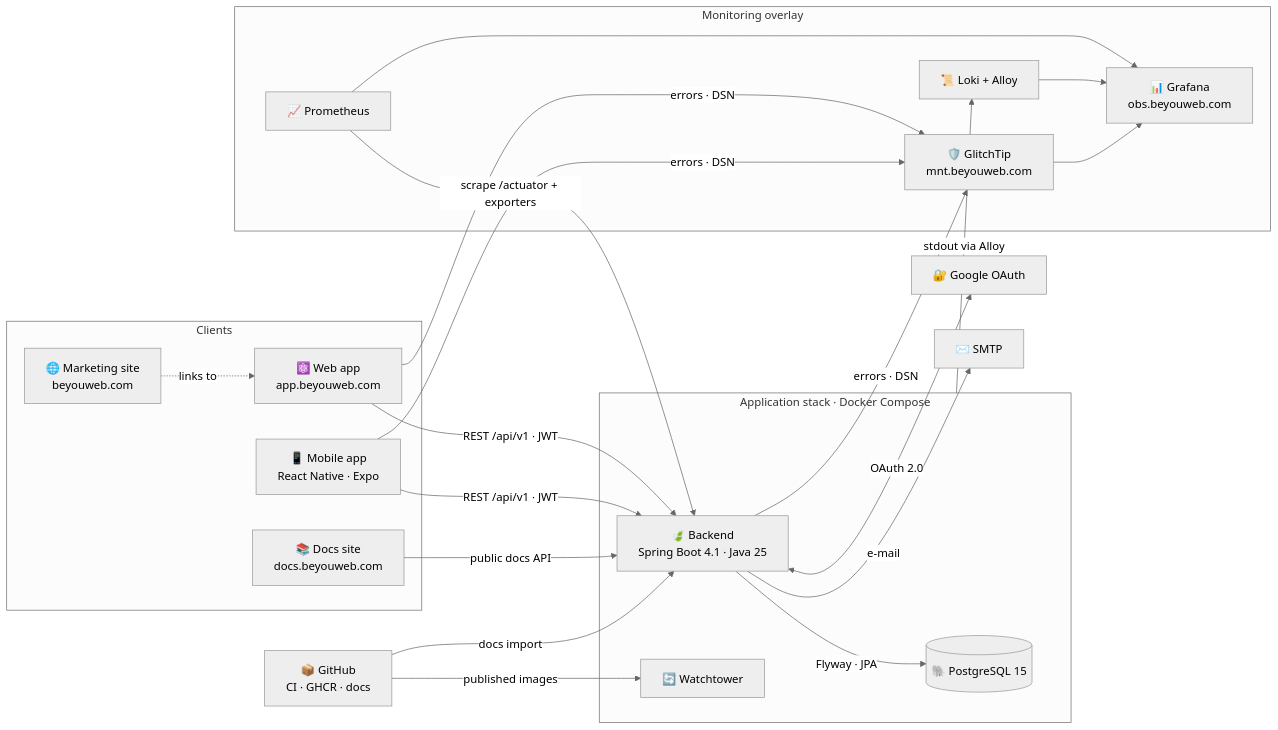
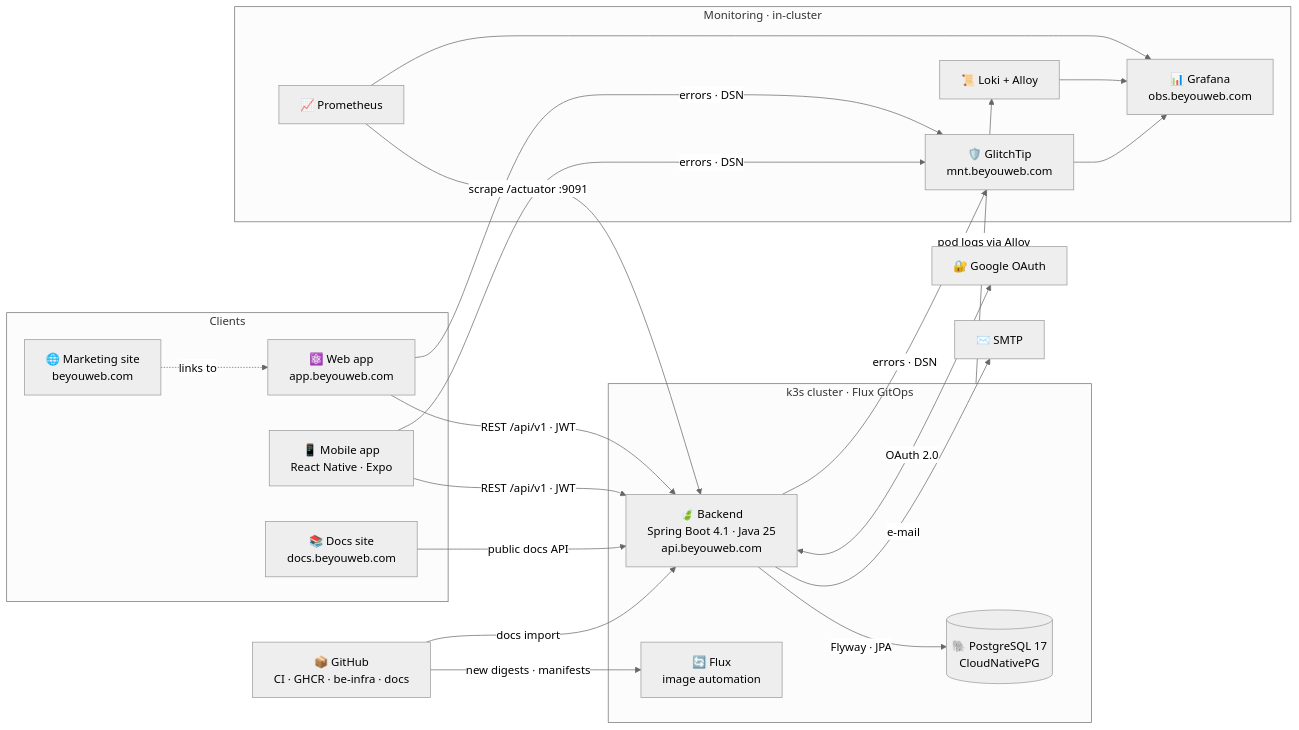
The diagram in architecture/overview/diagram.mmd (AndDev741/Beyou-arch-design), drawn with Mermaid (neutral theme) before and after one commit. The commit also changed 29 other files, not shown here.

First line of the commit message:
Describe production as the k3s cluster run from be-infra (#88)

```diff
--- a/architecture/overview/diagram.mmd
+++ b/architecture/overview/diagram.mmd
@@ -1,42 +1,42 @@
 flowchart LR
   subgraph clients["Clients"]
     WEB["⚛️ Web app<br/>app.beyouweb.com"]
     MOB["📱 Mobile app<br/>React Native · Expo"]
     DOCS["📚 Docs site<br/>docs.beyouweb.com"]
     SITE["🌐 Marketing site<br/>beyouweb.com"]
   end
 
-  subgraph server["Application stack · Docker Compose"]
-    BE["🍃 Backend<br/>Spring Boot 4.1 · Java 25"]
-    DB[("🐘 PostgreSQL 15")]
-    WT["🔄 Watchtower"]
+  subgraph server["k3s cluster · Flux GitOps"]
+    BE["🍃 Backend<br/>Spring Boot 4.1 · Java 25<br/>api.beyouweb.com"]
+    DB[("🐘 PostgreSQL 17<br/>CloudNativePG")]
+    FX["🔄 Flux<br/>image automation"]
   end
 
-  subgraph mon["Monitoring overlay"]
+  subgraph mon["Monitoring · in-cluster"]
     PR["📈 Prometheus"]
     LK["📜 Loki + Alloy"]
     GT["🛡️ GlitchTip<br/>mnt.beyouweb.com"]
     GF["📊 Grafana<br/>obs.beyouweb.com"]
   end
 
   GO["🔐 Google OAuth"]
-  GH["📦 GitHub<br/>CI · GHCR · docs"]
+  GH["📦 GitHub<br/>CI · GHCR · be-infra · docs"]
   ML["✉️ SMTP"]
 
   SITE -.->|"links to"| WEB
   WEB -->|"REST /api/v1 · JWT"| BE
   MOB -->|"REST /api/v1 · JWT"| BE
   DOCS -->|"public docs API"| BE
   BE -->|"Flyway · JPA"| DB
   BE <-->|"OAuth 2.0"| GO
   GH -->|"docs import"| BE
-  GH -->|"published images"| WT
+  GH -->|"new digests · manifests"| FX
   BE -->|"e-mail"| ML
-  PR -->|"scrape /actuator + exporters"| BE
-  server -->|"stdout via Alloy"| LK
+  PR -->|"scrape /actuator :9091"| BE
+  server -->|"pod logs via Alloy"| LK
   WEB -->|"errors · DSN"| GT
   MOB -->|"errors · DSN"| GT
   BE -->|"errors · DSN"| GT
   PR --> GF
   LK --> GF
   GT --> GF
```
